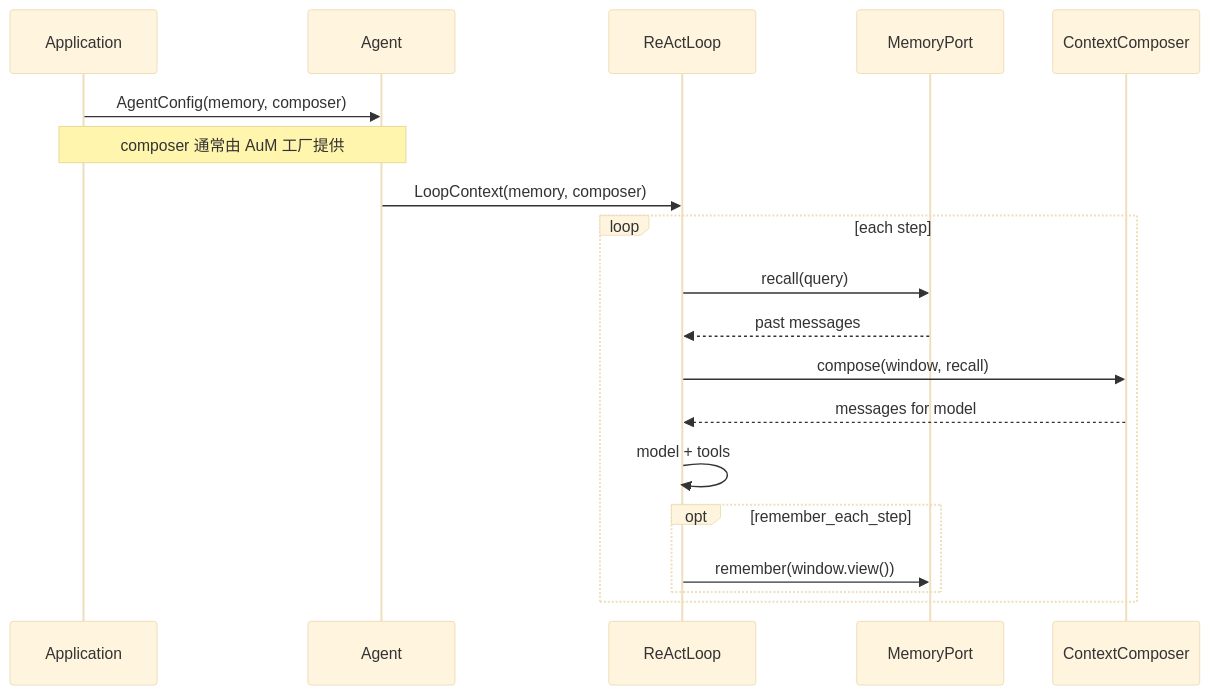
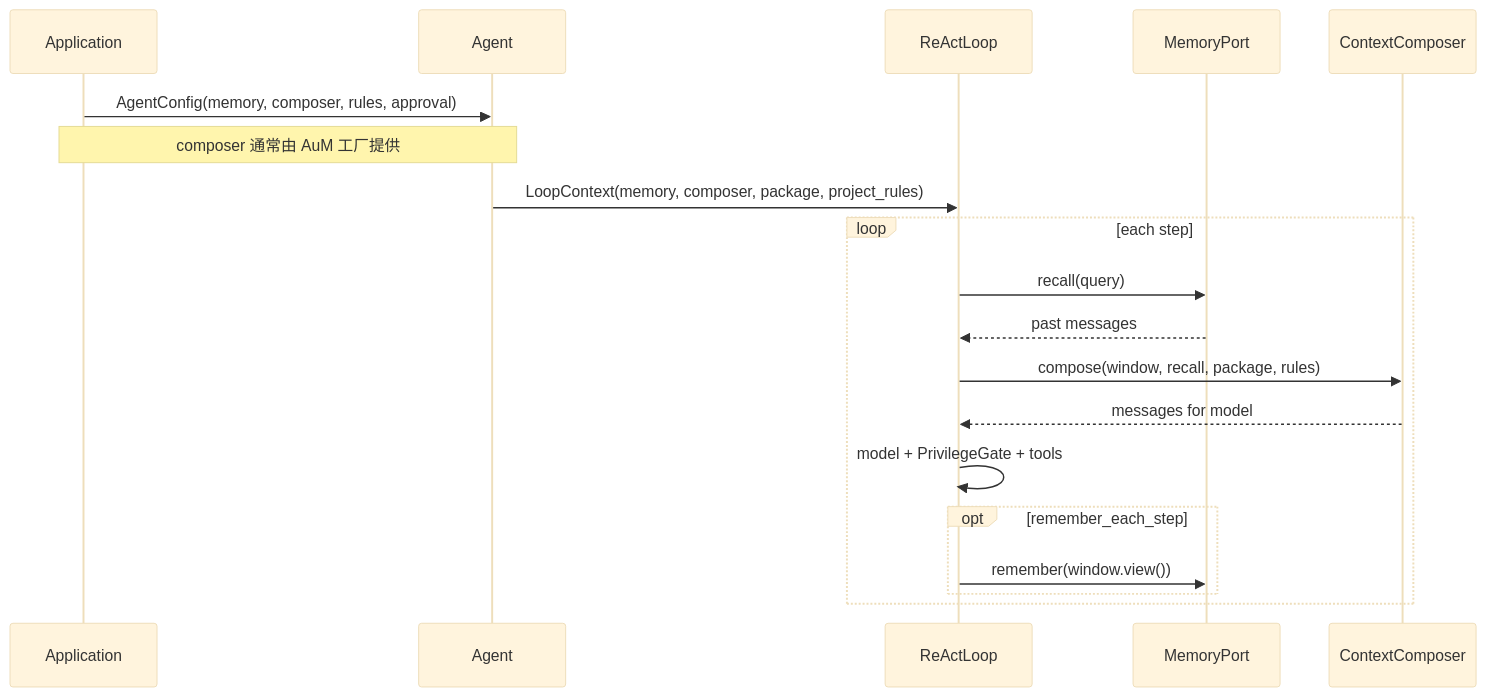
One commit to ufy2024/AuC changed the second of 2 diagrams in docs/aum-integration.md. Above: the diagram before and after it, drawn with Mermaid (base theme). The commit also changed other lines of this file and 13 other files, not shown here.

````diff
--- a/docs/aum-integration.md
+++ b/docs/aum-integration.md
@@ -37,23 +77,23 @@
 ```mermaid
 sequenceDiagram
   participant App as Application
   participant A as Agent
   participant L as ReActLoop
   participant MP as MemoryPort
   participant CC as ContextComposer
 
-  App->>A: AgentConfig(memory, composer)
+  App->>A: AgentConfig(memory, composer, rules, approval)
   Note over App,A: composer 通常由 AuM 工厂提供
 
-  A->>L: LoopContext(memory, composer)
+  A->>L: LoopContext(memory, composer, package, project_rules)
   loop each step
     L->>MP: recall(query)
     MP-->>L: past messages
-    L->>CC: compose(window, recall)
+    L->>CC: compose(window, recall, package, rules)
     CC-->>L: messages for model
-    L->>L: model + tools
+    L->>L: model + PrivilegeGate + tools
     opt remember_each_step
       L->>MP: remember(window.view())
     end
   end
 ```
````
